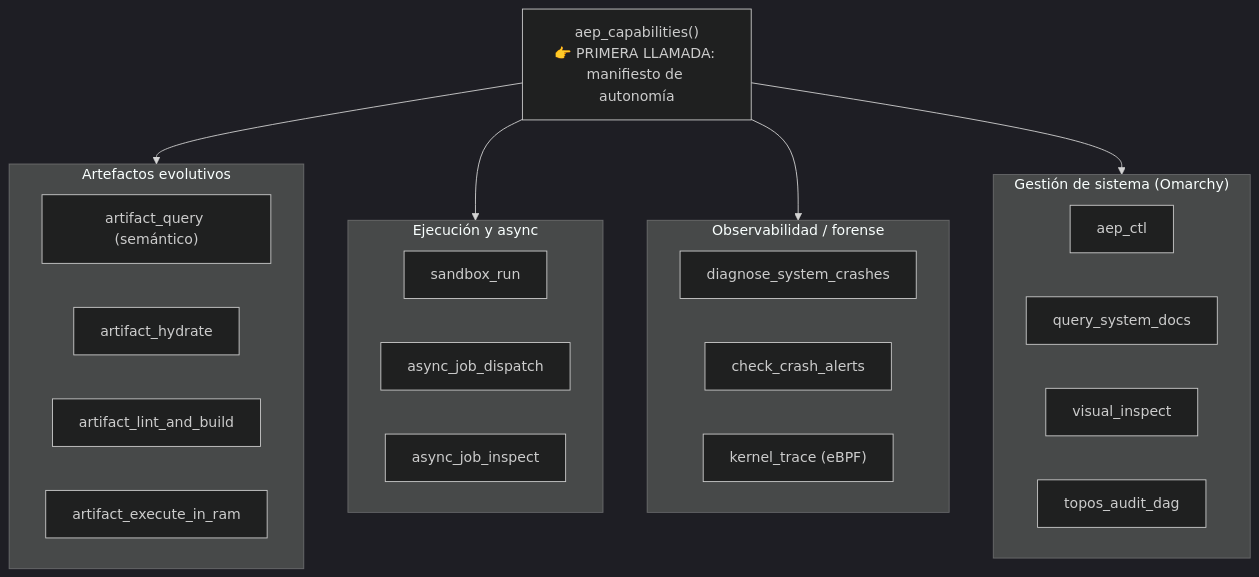
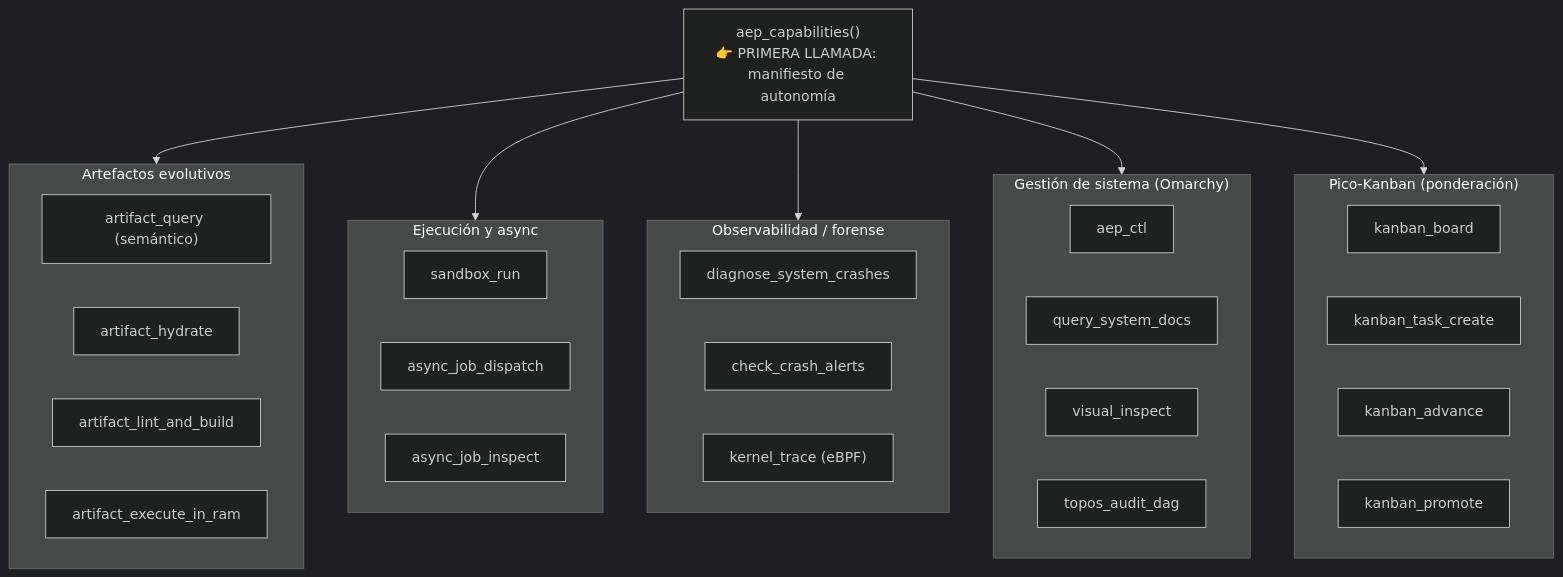
The fourth of 12 diagrams in README.md (ancrz/agent-execution-plane), drawn with Mermaid (dark theme) before and after one commit. The commit also changed other lines of this file, not shown here.

First line of the commit message:
docs: document Pico-Kanban, artifact weighting, and DB persistence (15->19 tools)

````diff
--- a/README.md
+++ b/README.md
@@ -151,27 +151,33 @@
 ```mermaid
 flowchart TD
     Root["aep_capabilities()<br/>👉 PRIMERA LLAMADA: manifiesto de autonomía"]
-    Root --> G1 & G2 & G3 & G4
+    Root --> G1 & G2 & G3 & G4 & G5
     subgraph G1["Artefactos evolutivos"]
         T1["artifact_query (semántico)"]
         T2["artifact_hydrate"]
         T3["artifact_lint_and_build"]
         T4["artifact_execute_in_ram"]
+    end
+    subgraph G5["Pico-Kanban (ponderación)"]
+        T15["kanban_board"]
+        T16["kanban_task_create"]
+        T17["kanban_advance"]
+        T18["kanban_promote"]
     end
     subgraph G2["Ejecución y async"]
         T5["sandbox_run"]
         T6["async_job_dispatch"]
         T7["async_job_inspect"]
     end
     subgraph G3["Observabilidad / forense"]
         T8["diagnose_system_crashes"]
         T9["check_crash_alerts"]
         T10["kernel_trace (eBPF)"]
     end
     subgraph G4["Gestión de sistema (Omarchy)"]
         T11["aep_ctl"]
         T12["query_system_docs"]
         T13["visual_inspect"]
         T14["topos_audit_dag"]
     end
 ```
````
